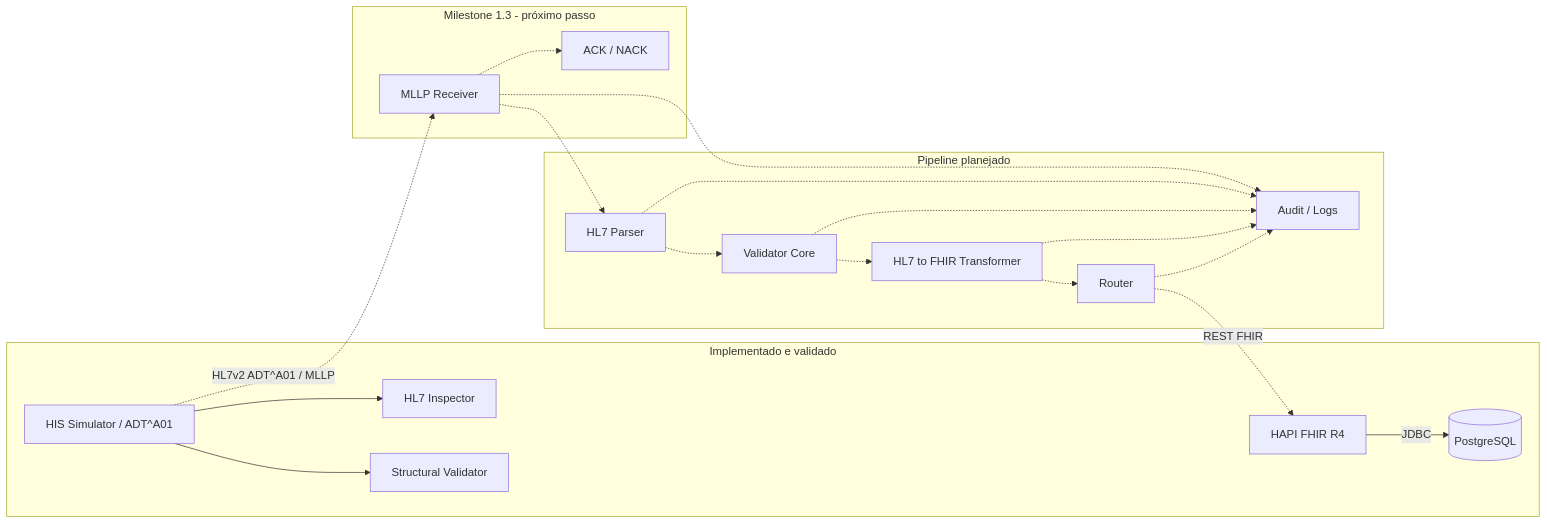
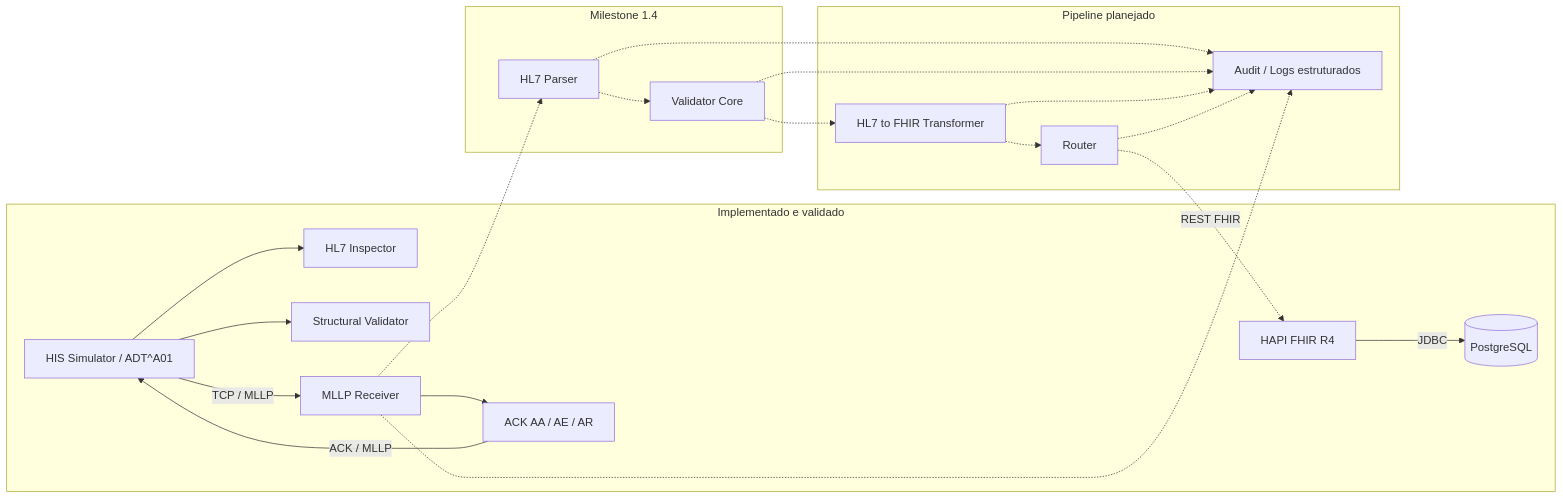
Before and after one commit to fernandocerqueira1990-cloud/healthcare-interoperability-labs: the diagram in README.md, drawn with Mermaid. The commit also changed other lines of this file and 11 other files, not shown here.

First line of the commit message:
feat: milestone 1.3 MLLP transport and ACK/NACK

````diff
--- a/README.md
+++ b/README.md
@@ -60,41 +72,42 @@
 ```mermaid
 flowchart LR
     subgraph IMPLEMENTADO[Implementado e validado]
         A[HIS Simulator / ADT^A01]
         B[HL7 Inspector]
         C[Structural Validator]
+        D[MLLP Receiver]
+        E[ACK AA / AE / AR]
         G[HAPI FHIR R4]
         H[(PostgreSQL)]
 
         A --> B
         A --> C
+        A -->|TCP / MLLP| D
+        D --> E
+        E -->|ACK / MLLP| A
         G -->|JDBC| H
     end
 
-    subgraph PROXIMO[Milestone 1.3 - próximo passo]
-        D[MLLP Receiver]
-        E[ACK / NACK]
-        A -.->|HL7v2 ADT^A01 / MLLP| D
-        D -.-> E
+    subgraph PROXIMO[Milestone 1.4]
+        P[HL7 Parser]
+        V[Validator Core]
+        D -.-> P
+        P -.-> V
     end
 
     subgraph PLANEJADO[Pipeline planejado]
-        P[HL7 Parser]
-        V[Validator Core]
         T[HL7 to FHIR Transformer]
         R[Router]
-        L[Audit / Logs]
+        L[Audit / Logs estruturados]
 
-        D -.-> P
-        P -.-> V
         V -.-> T
         T -.-> R
         R -.->|REST FHIR| G
 
         D -.-> L
         P -.-> L
         V -.-> L
         T -.-> L
         R -.-> L
     end
 ```
````
